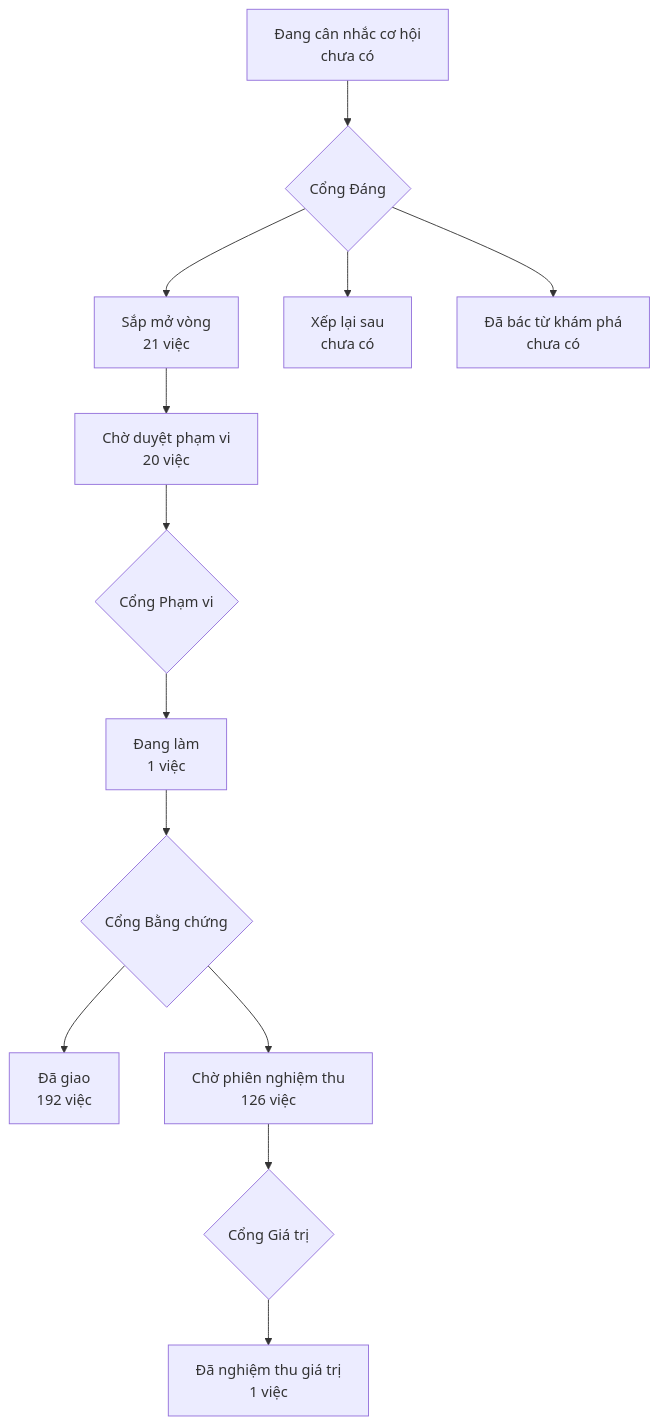
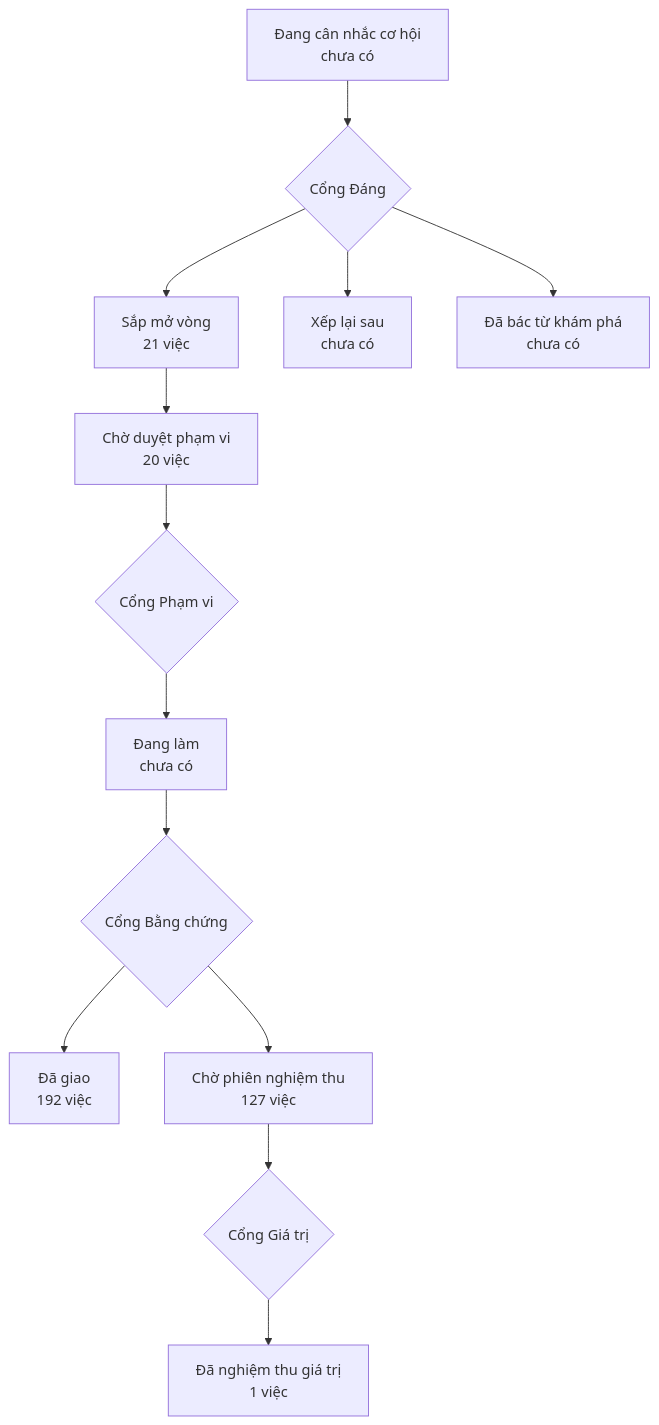
One commit to phanlemanh/onehub-invest changed the diagram in PRODUCT-MAP.md. Above: the diagram before and after it, drawn with Mermaid. The commit also changed other lines of this file and 4 other files, not shown here.

````diff
--- a/PRODUCT-MAP.md
+++ b/PRODUCT-MAP.md
@@ -7,12 +7,12 @@
 ```mermaid
 flowchart TD
   A["Đang cân nhắc cơ hội<br/>chưa có"] --> GD{"Cổng Đáng"}
   GD --> B["Sắp mở vòng<br/>21 việc"]
   GD --> XL["Xếp lại sau<br/>chưa có"]
   GD --> DB["Đã bác từ khám phá<br/>chưa có"]
   B --> CD["Chờ duyệt phạm vi<br/>20 việc"] --> GP{"Cổng Phạm vi"}
-  GP --> DL["Đang làm<br/>1 việc"] --> GB{"Cổng Bằng chứng"}
+  GP --> DL["Đang làm<br/>chưa có"] --> GB{"Cổng Bằng chứng"}
   GB --> DG["Đã giao<br/>192 việc"]
-  GB --> CN["Chờ phiên nghiệm thu<br/>126 việc"] --> GG{"Cổng Giá trị"}
+  GB --> CN["Chờ phiên nghiệm thu<br/>127 việc"] --> GG{"Cổng Giá trị"}
   GG --> NT["Đã nghiệm thu giá trị<br/>1 việc"]
 ```
````
